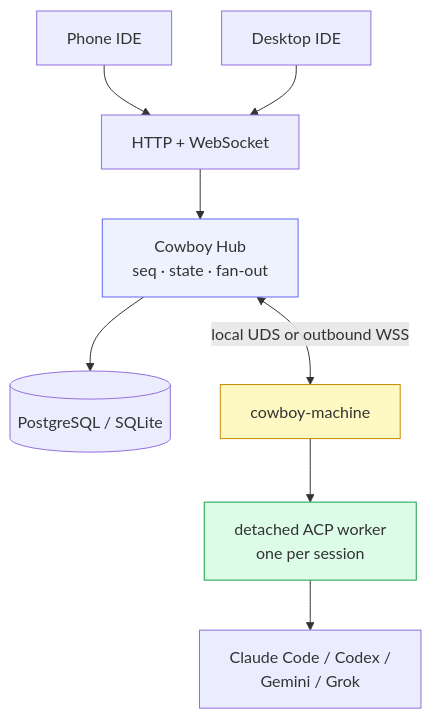
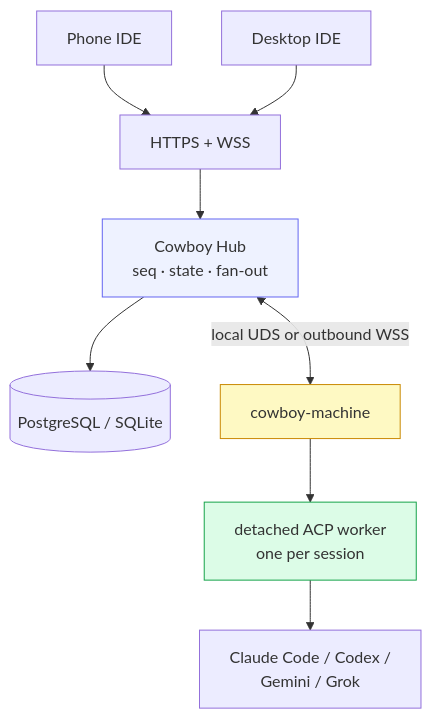
Before and after one commit to dravengarden/cowboy: the first of 2 diagrams in docs/architecture/00-overview.md, drawn with Mermaid. The commit also changed other lines of this file and 10 other files, not shown here.

````diff
--- a/docs/architecture/00-overview.md
+++ b/docs/architecture/00-overview.md
@@ -32,14 +32,14 @@
 ```mermaid
 flowchart TB
-    PHONE["Phone IDE"] --> HTTP["HTTP + WebSocket"]
+    PHONE["Phone IDE"] --> HTTP["HTTPS + WSS"]
     DESKTOP["Desktop IDE"] --> HTTP
     HTTP --> HUB["Cowboy Hub<br/>seq · state · fan-out"]
     HUB --> STORE[("PostgreSQL / SQLite")]
     HUB <-->|"local UDS or outbound WSS"| MACHINE["cowboy-machine"]
     MACHINE --> WORKER["detached ACP worker<br/>one per session"]
     WORKER --> PROVIDER["Claude Code / Codex /<br/>Gemini / Grok"]
 
     style HUB fill:#eef2ff,stroke:#6366f1
     style MACHINE fill:#fef9c3,stroke:#ca8a04
     style WORKER fill:#dcfce7,stroke:#16a34a
 ```
````
